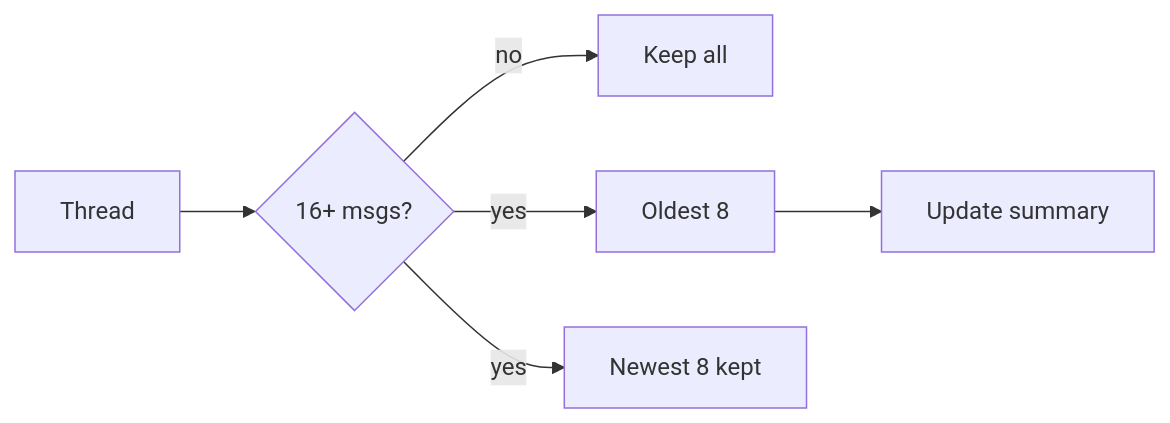
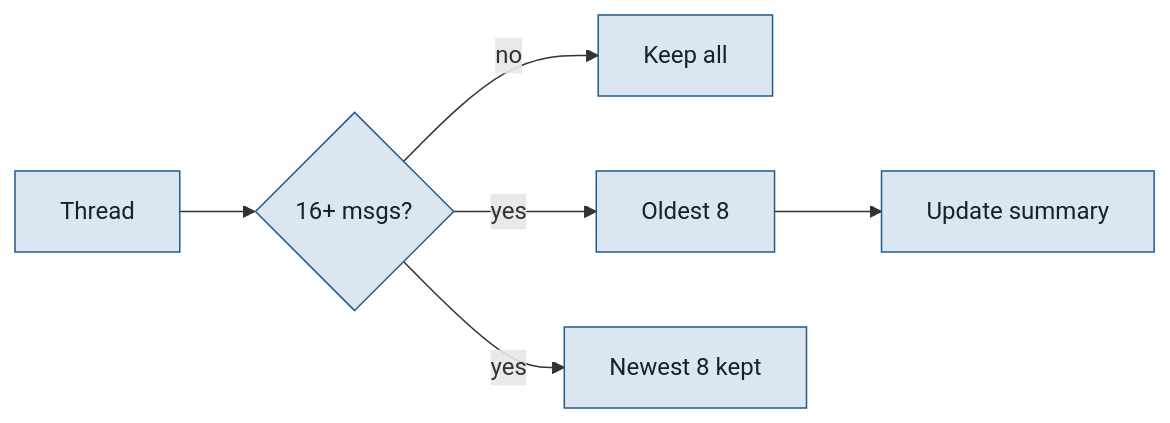
One commit to manjuv03/Personalized-AI-Assistant-with-Contextual-Recall changed the fourth of 6 diagrams in PROJECT_REPORT.md. Above: the diagram before and after it, drawn with Mermaid. The commit also changed other lines of this file and 2 other files, not shown here.

Commit message:
Polish README and colour the diagrams

````diff
--- a/PROJECT_REPORT.md
+++ b/PROJECT_REPORT.md
@@ -189,7 +198,10 @@
 ```mermaid
 flowchart LR
     A[Thread] --> B{"16+ msgs?"}
     B -- no --> F[Keep all]
     B -- yes --> C[Oldest 8] --> D[Update summary]
     B -- yes --> E[Newest 8 kept]
+    classDef default fill:#dbe6f0,stroke:#1f5b8f,color:#15212b
+    classDef io fill:#1f5b8f,stroke:#1f5b8f,color:#ffffff
+    classDef store fill:#a8661a,stroke:#a8661a,color:#ffffff
 ```
````
